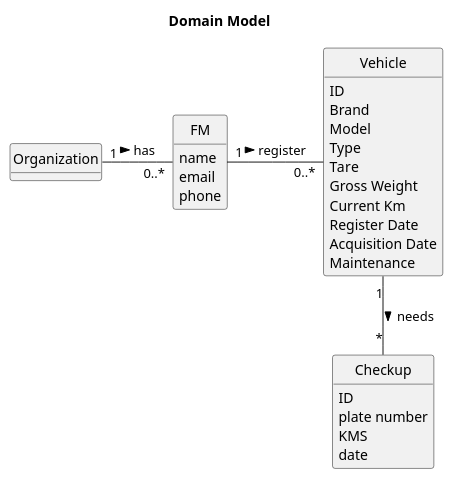
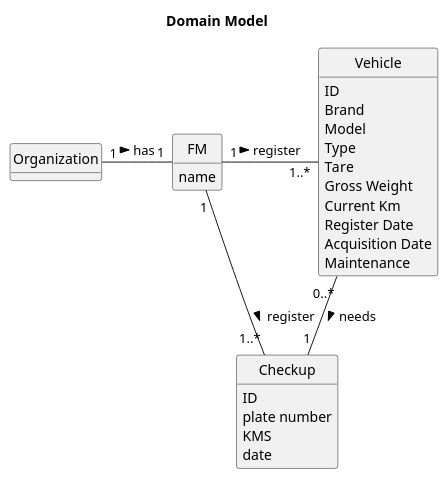
One commit to daniel41silva05/ISEP_2023_2024_LAPR2 changed the diagram in docs/sprintA&B/us007/02.analysis/puml/us007-domain-model.puml. Above: the diagram before and after it, drawn with PlantUML. The commit also changed 3 other files, not shown here.

```diff
--- a/docs/sprintA&B/us007/02.analysis/puml/us007-domain-model.puml
+++ b/docs/sprintA&B/us007/02.analysis/puml/us007-domain-model.puml
@@ -1,46 +1,46 @@
     @startuml
 skinparam monochrome true
 skinparam packageStyle rectangle
 skinparam shadowing false
 
 'left to right direction
 
 skinparam classAttributeIconSize 0
 
 hide circle
 
 hide methods
 
 title Domain Model
 
 class FM {
     name
-    email
-    phone
+
 }
 
 class Checkup {
     ID
     plate number
      KMS
      date
 }
 
 class Vehicle {
     ID
     Brand
     Model
     Type
     Tare
     Gross Weight
     Current Km
     Register Date
     Acquisition Date
     Maintenance
 }
 
-Organization "1" - "0..*" FM : has >
-FM "1" - "0..*" Vehicle : register >
-Vehicle "1" -- "*" Checkup : needs >
+Organization "1" - "1" FM : has >
+FM "1" - "1..*" Vehicle : register >
+FM "1" - "1..*" Checkup : register >
+Vehicle "0..*" -- "1" Checkup : needs >
 
 @enduml
```
